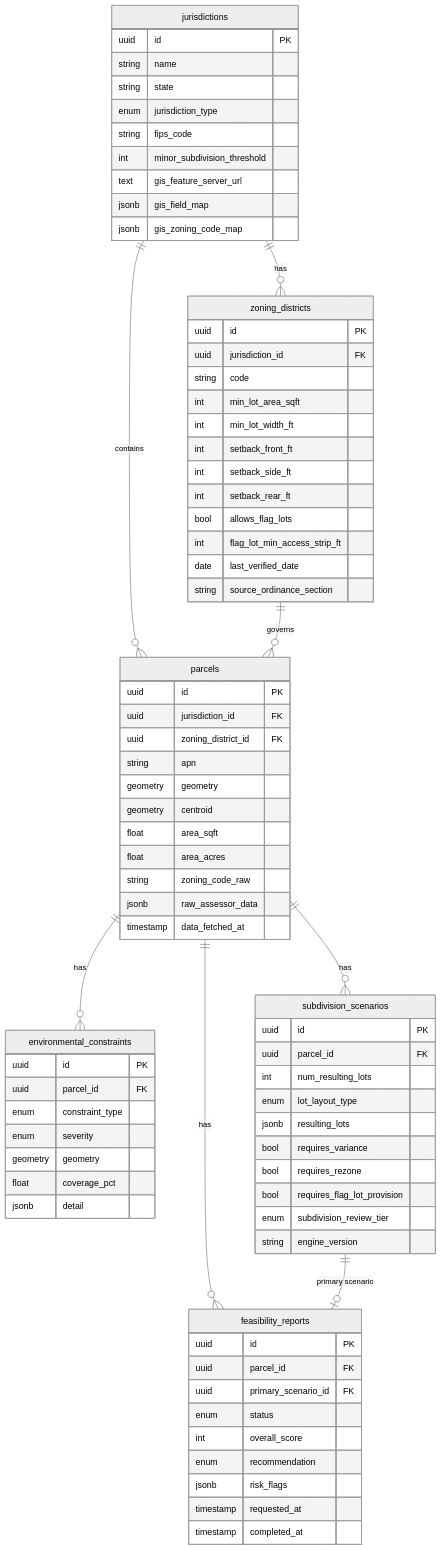
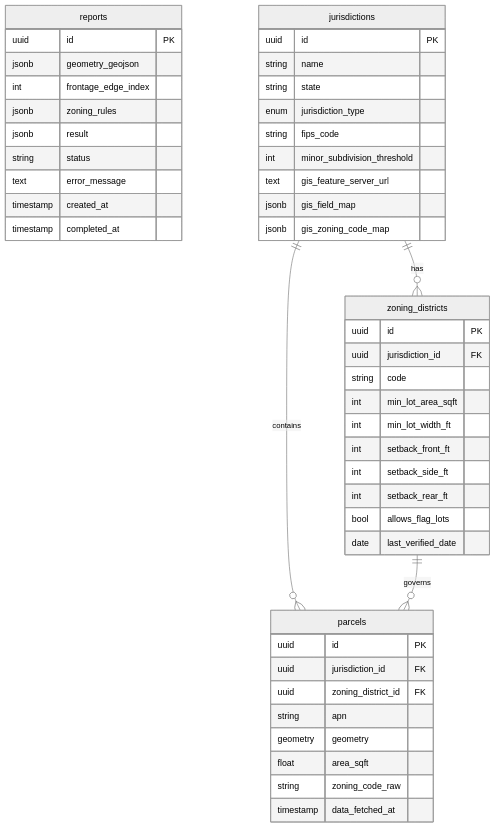
Before and after one commit to hartc17/lot-split-feasibility: the fifth of 6 diagrams in docs/architecture.md, drawn with Mermaid (neutral theme). The commit also changed other lines of this file and 27 other files, not shown here.

````diff
--- a/docs/architecture.md
+++ b/docs/architecture.md
@@ -144,5 +148,17 @@
 ```mermaid
 erDiagram
+    reports {
+        uuid id PK
+        jsonb geometry_geojson
+        int frontage_edge_index
+        jsonb zoning_rules
+        jsonb result
+        string status
+        text error_message
+        timestamp created_at
+        timestamp completed_at
+    }
+
     jurisdictions {
         uuid id PK
         string name
@@ -165,9 +181,7 @@
         int setback_side_ft
         int setback_rear_ft
         bool allows_flag_lots
-        int flag_lot_min_access_strip_ft
         date last_verified_date
-        string source_ordinance_section
     }
 
     parcels {
@@ -176,54 +190,12 @@
         uuid zoning_district_id FK
         string apn
         geometry geometry
-        geometry centroid
         float area_sqft
-        float area_acres
         string zoning_code_raw
-        jsonb raw_assessor_data
         timestamp data_fetched_at
-    }
-
-    environmental_constraints {
-        uuid id PK
-        uuid parcel_id FK
-        enum constraint_type
-        enum severity
-        geometry geometry
-        float coverage_pct
-        jsonb detail
-    }
-
-    subdivision_scenarios {
-        uuid id PK
-        uuid parcel_id FK
-        int num_resulting_lots
-        enum lot_layout_type
-        jsonb resulting_lots
-        bool requires_variance
-        bool requires_rezone
-        bool requires_flag_lot_provision
-        enum subdivision_review_tier
-        string engine_version
-    }
-
-    feasibility_reports {
-        uuid id PK
-        uuid parcel_id FK
-        uuid primary_scenario_id FK
-        enum status
-        int overall_score
-        enum recommendation
-        jsonb risk_flags
-        timestamp requested_at
-        timestamp completed_at
     }
 
     jurisdictions ||--o{ zoning_districts : "has"
     jurisdictions ||--o{ parcels : "contains"
     zoning_districts ||--o{ parcels : "governs"
-    parcels ||--o{ environmental_constraints : "has"
-    parcels ||--o{ subdivision_scenarios : "has"
-    parcels ||--o{ feasibility_reports : "has"
-    subdivision_scenarios ||--o| feasibility_reports : "primary scenario"
 ```
````
